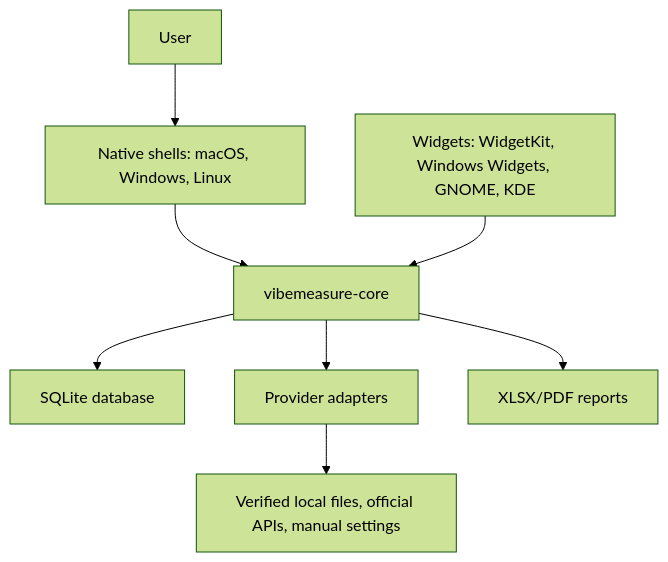
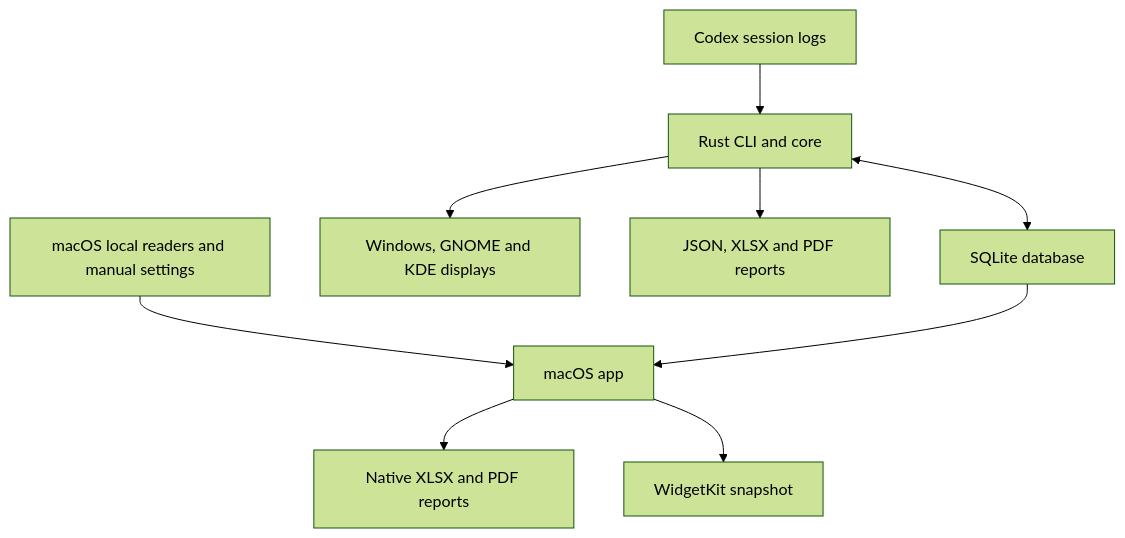
Before and after one commit to chardonnay/VibeMeasure: the diagram in docs/architecture.md, drawn with Mermaid (forest theme). The commit also changed other lines of this file and 47 other files, not shown here.

Commit message:
Fix provider usage tracking, quota windows, and reports (#1)

````diff
--- a/docs/architecture.md
+++ b/docs/architecture.md
@@ -5,19 +5,11 @@
 ```mermaid
 flowchart TD
-    User["User"]
-    NativeShells["Native shells: macOS, Windows, Linux"]
-    Widgets["Widgets: WidgetKit, Windows Widgets, GNOME, KDE"]
-    Core["vibemeasure-core"]
-    Store["SQLite database"]
-    Adapters["Provider adapters"]
-    Reports["XLSX/PDF reports"]
-    Sources["Verified local files, official APIs, manual settings"]
-
-    User --> NativeShells
-    NativeShells --> Core
-    Widgets --> Core
-    Core --> Store
-    Core --> Adapters
-    Adapters --> Sources
-    Core --> Reports
+    Logs["Codex session logs"] --> CLI["Rust CLI and core"]
+    CLI <--> DB["SQLite database"]
+    CLI --> Platforms["Windows, GNOME and KDE displays"]
+    CLI --> Exports["JSON, XLSX and PDF reports"]
+    Readers["macOS local readers and manual settings"] --> Mac["macOS app"]
+    DB --> Mac
+    Mac --> NativeExports["Native XLSX and PDF reports"]
+    Mac --> Widget["WidgetKit snapshot"]
 ```
````
